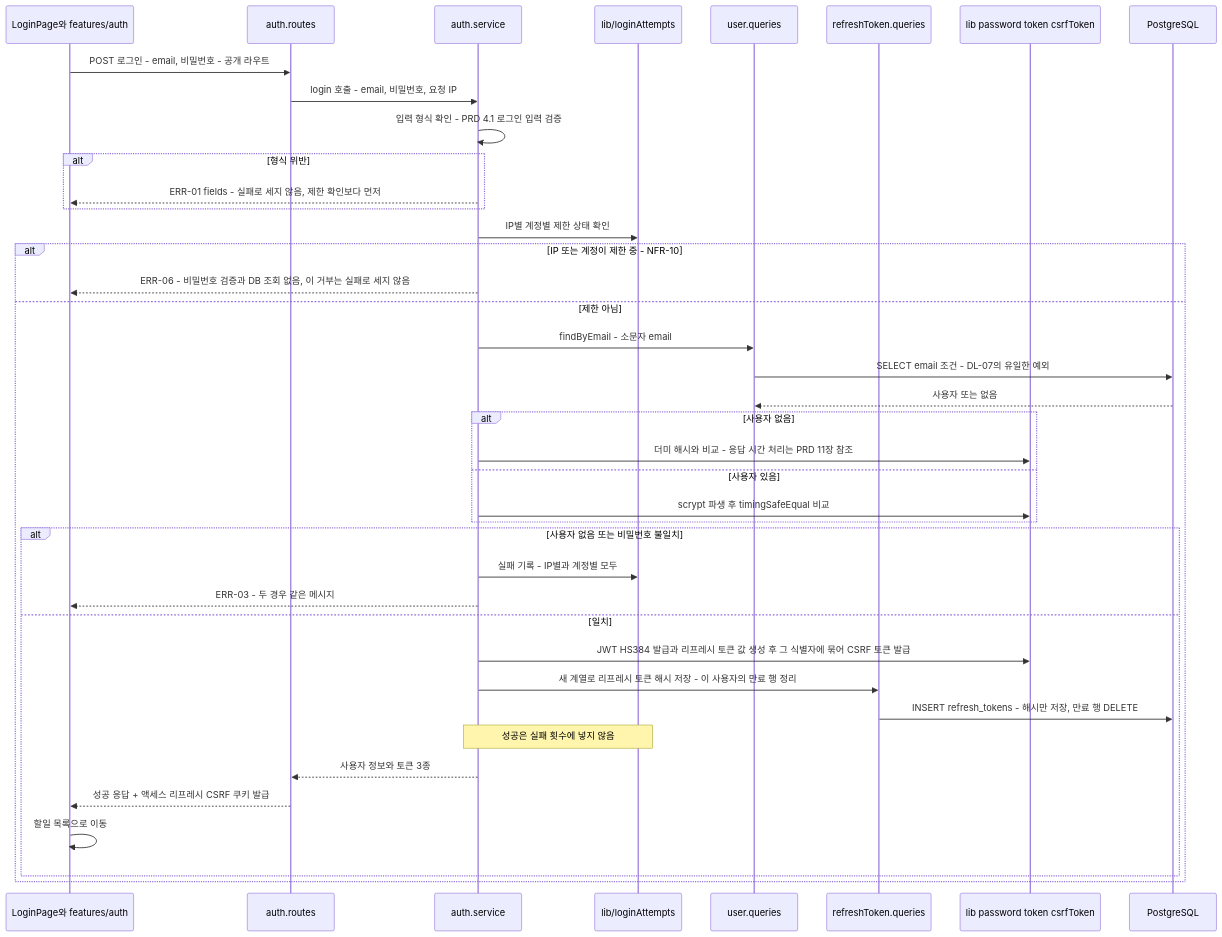
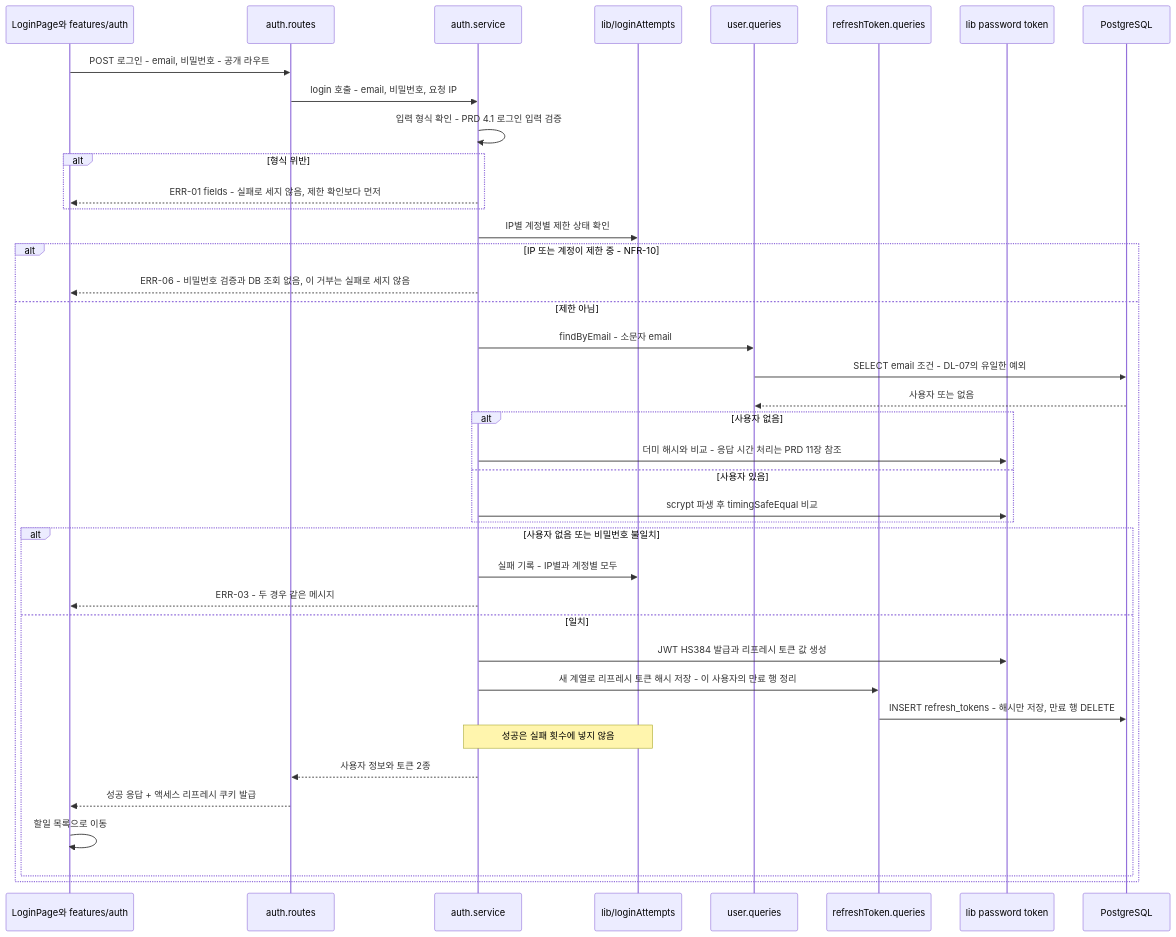
Before and after one commit to Palbok-Kim/todolist-app: the sixth of 13 diagrams in docs/6-arch-diagram.md, drawn with Mermaid. The commit also changed other lines of this file and 42 other files, not shown here.

First line of the commit message:
refactor: CSRF 방어 제거, ERD·schema.sql 표기 일치화

````diff
--- a/docs/6-arch-diagram.md
+++ b/docs/6-arch-diagram.md
@@ -300,43 +296,43 @@
 ```mermaid
 sequenceDiagram
     participant UI as LoginPage와 features/auth
     participant RT as auth.routes
     participant SV as auth.service
     participant LA as lib/loginAttempts
     participant UQ as user.queries
     participant RQ as refreshToken.queries
-    participant LB as lib password token csrfToken
+    participant LB as lib password token
     participant DB as PostgreSQL
 
     UI->>RT: POST 로그인 - email, 비밀번호 - 공개 라우트
     RT->>SV: login 호출 - email, 비밀번호, 요청 IP
     SV->>SV: 입력 형식 확인 - PRD 4.1 로그인 입력 검증
     alt 형식 위반
         SV-->>UI: ERR-01 fields - 실패로 세지 않음, 제한 확인보다 먼저
     end
     SV->>LA: IP별 계정별 제한 상태 확인
     alt IP 또는 계정이 제한 중 - NFR-10
         SV-->>UI: ERR-06 - 비밀번호 검증과 DB 조회 없음, 이 거부는 실패로 세지 않음
     else 제한 아님
         SV->>UQ: findByEmail - 소문자 email
         UQ->>DB: SELECT email 조건 - DL-07의 유일한 예외
         DB-->>UQ: 사용자 또는 없음
         alt 사용자 없음
             SV->>LB: 더미 해시와 비교 - 응답 시간 처리는 PRD 11장 참조
         else 사용자 있음
             SV->>LB: scrypt 파생 후 timingSafeEqual 비교
         end
         alt 사용자 없음 또는 비밀번호 불일치
             SV->>LA: 실패 기록 - IP별과 계정별 모두
             SV-->>UI: ERR-03 - 두 경우 같은 메시지
         else 일치
-            SV->>LB: JWT HS384 발급과 리프레시 토큰 값 생성 후 그 식별자에 묶어 CSRF 토큰 발급
+            SV->>LB: JWT HS384 발급과 리프레시 토큰 값 생성
             SV->>RQ: 새 계열로 리프레시 토큰 해시 저장 - 이 사용자의 만료 행 정리
             RQ->>DB: INSERT refresh_tokens - 해시만 저장, 만료 행 DELETE
             Note over SV,LA: 성공은 실패 횟수에 넣지 않음
-            SV-->>RT: 사용자 정보와 토큰 3종
-            RT-->>UI: 성공 응답 + 액세스 리프레시 CSRF 쿠키 발급
+            SV-->>RT: 사용자 정보와 토큰 2종
+            RT-->>UI: 성공 응답 + 액세스 리프레시 쿠키 발급
             UI->>UI: 할일 목록으로 이동
         end
     end
 ```
````
